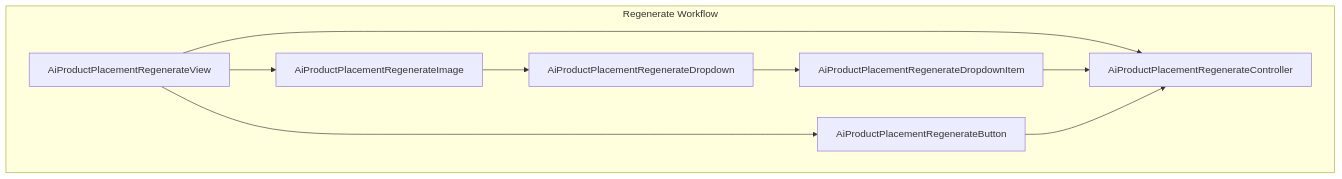
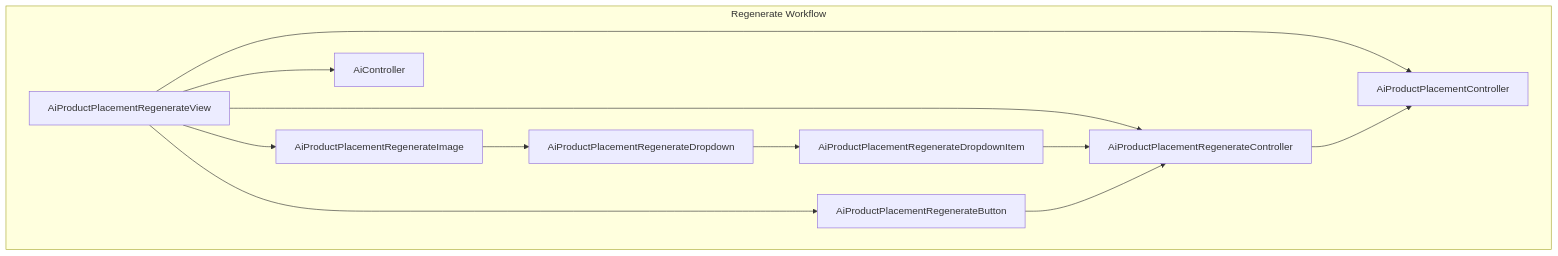
Before and after one commit to Ariful3111/FurniGo: the ninth of 10 diagrams in .qoder/repowiki/en/content/Shared Components and Utilities/AI Product Placement Widget Library.md, drawn with Mermaid. The commit also changed other lines of this file and 10 other files, not shown here.

````diff
--- a/.qoder/repowiki/en/content/Shared Components and Utilities/AI Product Placement Widget Library.md
+++ b/.qoder/repowiki/en/content/Shared Components and Utilities/AI Product Placement Widget Library.md
@@ -464,18 +501,23 @@
 ```mermaid
 graph TB
 subgraph "Regenerate Workflow"
 RegenerateView[AiProductPlacementRegenerateView]
 RegenerateButton[AiProductPlacementRegenerateButton]
 RegenerateImage[AiProductPlacementRegenerateImage]
 RegenerateDropdown[AiProductPlacementRegenerateDropdown]
 RegenerateDropdownItem[AiProductPlacementRegenerateDropdownItem]
 RegenerateController[AiProductPlacementRegenerateController]
+MainController[AiProductPlacementController]
+AIController[AiController]
 end
 RegenerateView --> RegenerateButton
 RegenerateView --> RegenerateImage
 RegenerateView --> RegenerateController
 RegenerateImage --> RegenerateDropdown
 RegenerateDropdown --> RegenerateDropdownItem
 RegenerateDropdownItem --> RegenerateController
 RegenerateButton --> RegenerateController
+RegenerateView --> MainController
+RegenerateView --> AIController
+RegenerateController --> MainController
 ```
````
